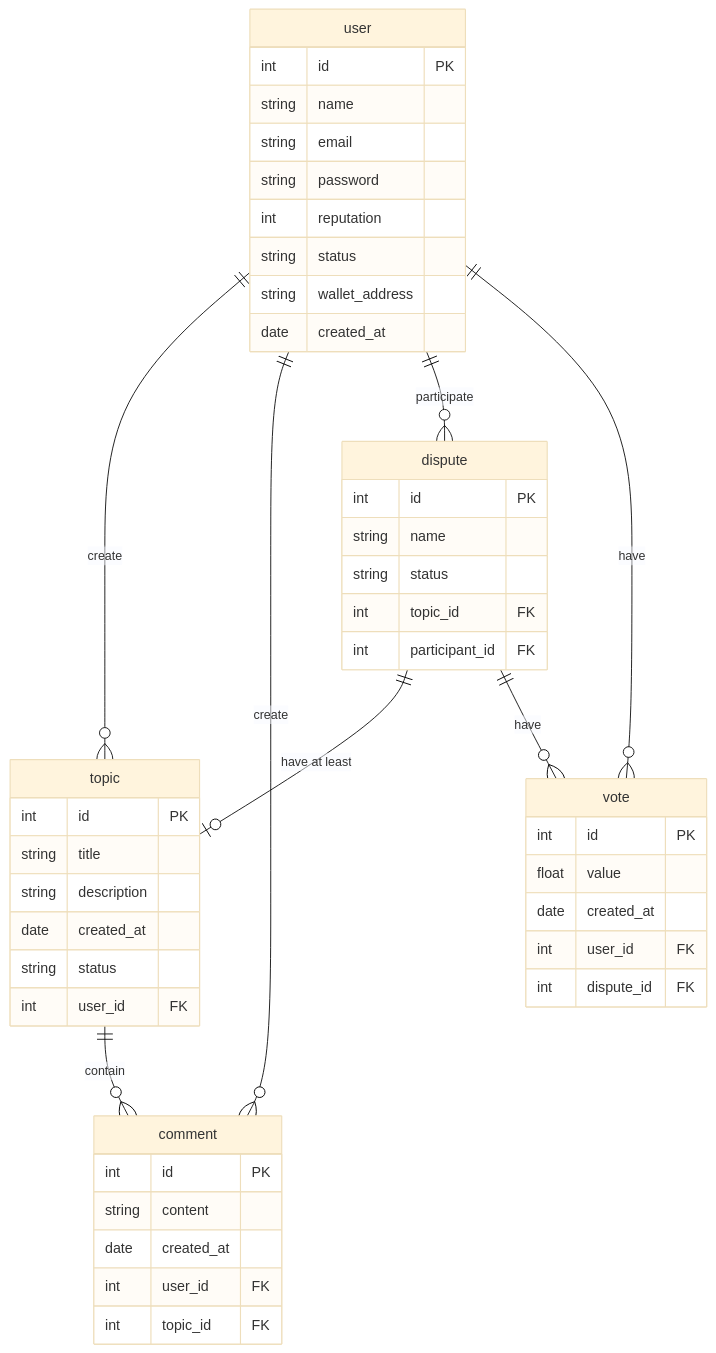
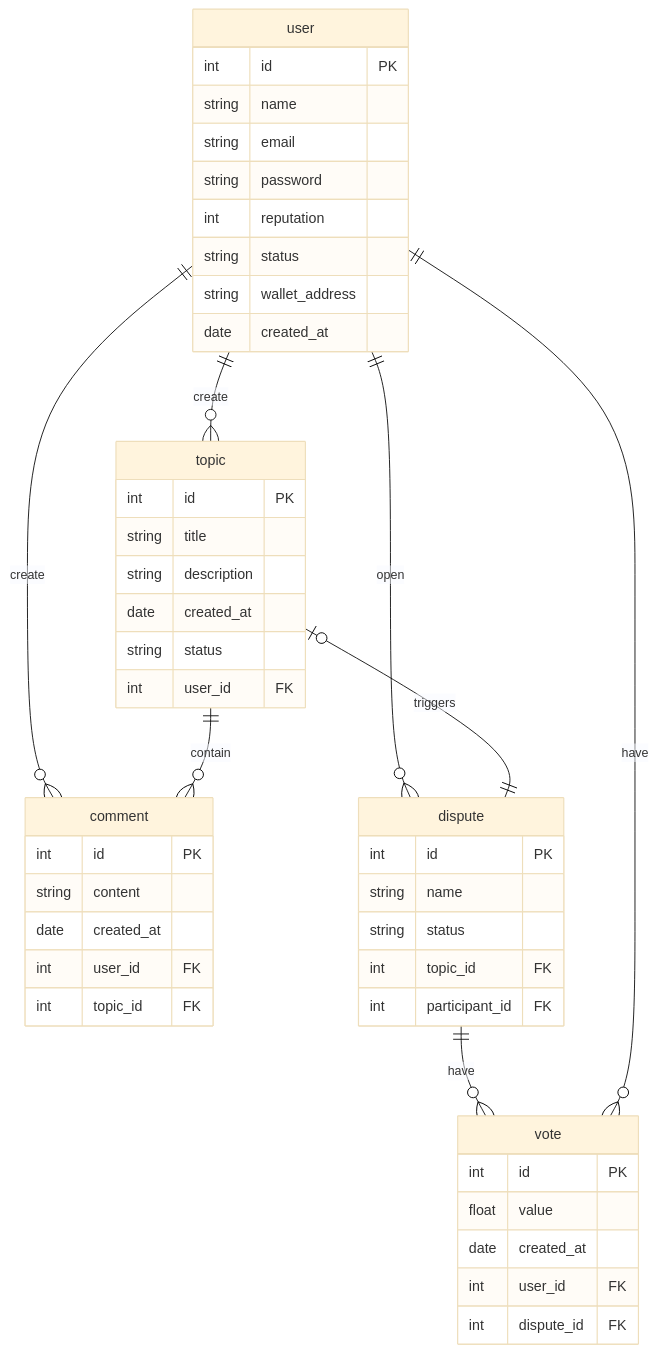
One commit to doyouwantto2/prototype changed the diagram in notes/ERD.md. Above: the diagram before and after it, drawn with Mermaid (base theme).

Commit message:
fix: topic -> dispute

````diff
--- a/notes/ERD.md
+++ b/notes/ERD.md
@@ -1,54 +1,54 @@
 ```mermaid
 erDiagram
     user ||--o{ topic : create
     user ||--o{ comment : create
     topic ||--o{ comment : contain
-    user ||--o{ dispute : participate
-    dispute ||--o| topic : "have at least"
+    user ||--o{ dispute : open
+    topic |o--|| dispute : triggers
     dispute ||--o{ vote : have
     user ||--o{ vote : have
 
     user {
         int id PK
         string name
         string email
         string password
         int reputation
         string status
         string wallet_address
         date created_at
     }
 
     topic {
         int id PK
         string title
         string description
         date created_at
         string status
         int user_id FK
     }
 
     comment {
         int id PK
         string content
         date created_at
         int user_id FK
         int topic_id FK
     }
 
     dispute {
         int id PK
         string name
         string status
         int topic_id FK
         int participant_id FK
     }
 
     vote {
         int id PK
         float value
         date created_at
         int user_id FK
         int dispute_id FK
     }
 ```
````
